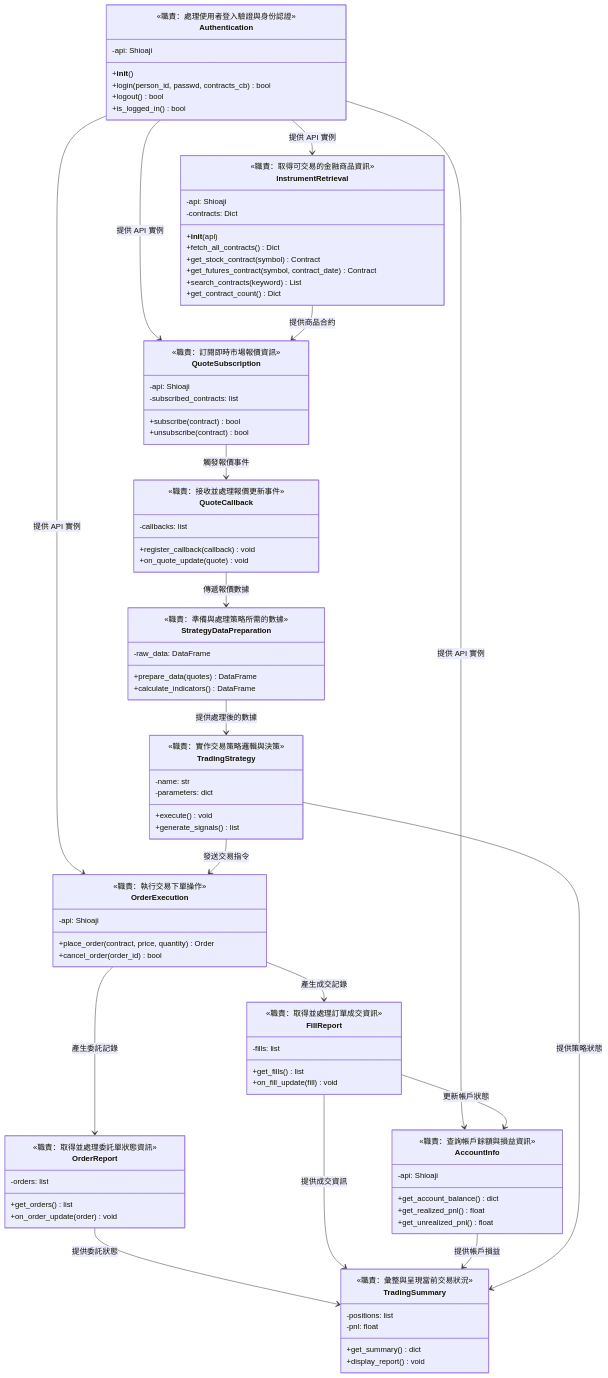
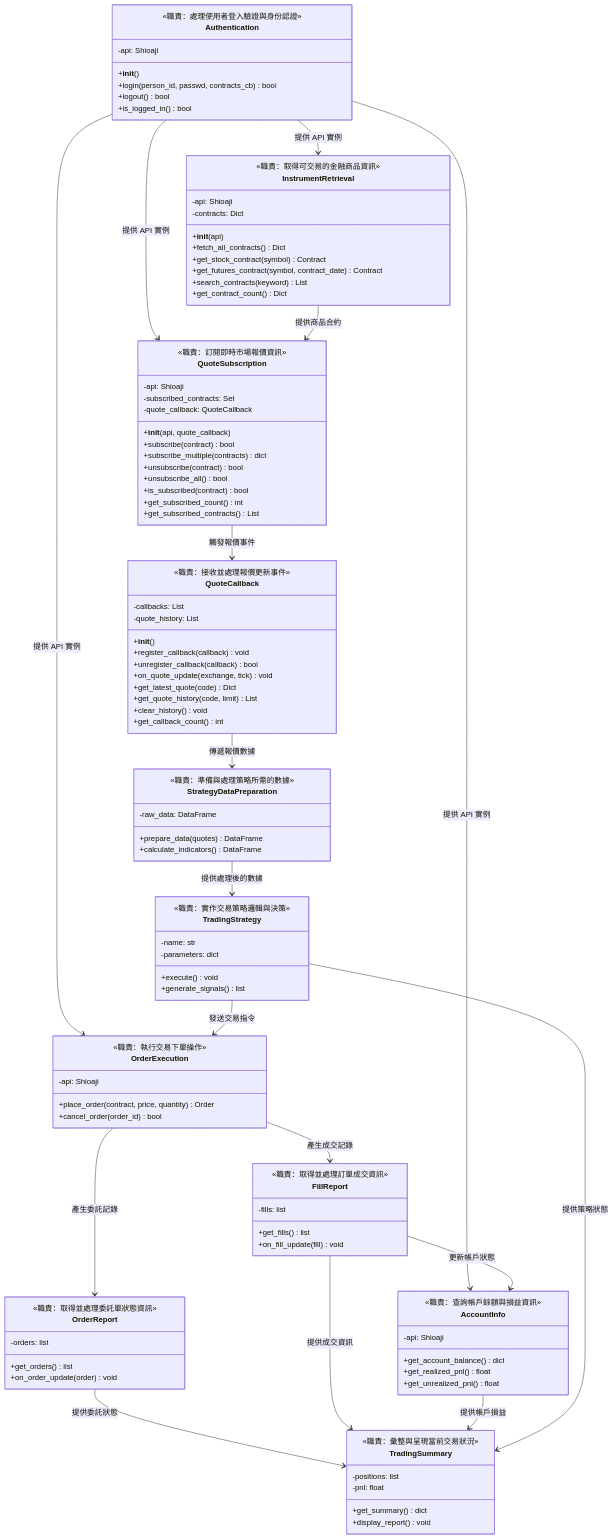
The diagram in 類別圖.md (wu02067602/sample-trading), drawn with Mermaid before and after one commit. The commit also changed other lines of this file and 2 other files, not shown here.

Commit message:
feat: Implement QuoteCallback and QuoteSubscription classes

```diff
--- a/類別圖.md
+++ b/類別圖.md
@@ -32,16 +32,30 @@
     class QuoteSubscription {
         <<職責：訂閱即時市場報價資訊>>
         -api: Shioaji
-        -subscribed_contracts: list
+        -subscribed_contracts: Set
+        -quote_callback: QuoteCallback
+        +__init__(api, quote_callback)
         +subscribe(contract) bool
+        +subscribe_multiple(contracts) dict
         +unsubscribe(contract) bool
+        +unsubscribe_all() bool
+        +is_subscribed(contract) bool
+        +get_subscribed_count() int
+        +get_subscribed_contracts() List
     }
     
     class QuoteCallback {
         <<職責：接收並處理報價更新事件>>
-        -callbacks: list
+        -callbacks: List
+        -quote_history: List
+        +__init__()
         +register_callback(callback) void
-        +on_quote_update(quote) void
+        +unregister_callback(callback) bool
+        +on_quote_update(exchange, tick) void
+        +get_latest_quote(code) Dict
+        +get_quote_history(code, limit) List
+        +clear_history() void
+        +get_callback_count() int
     }
     
     class OrderExecution {
```
